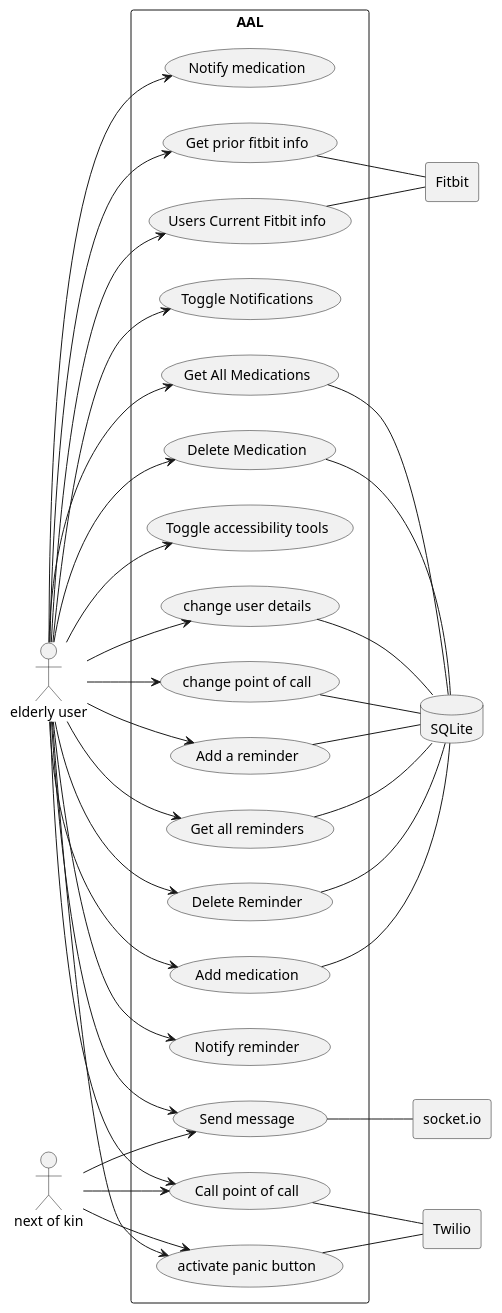
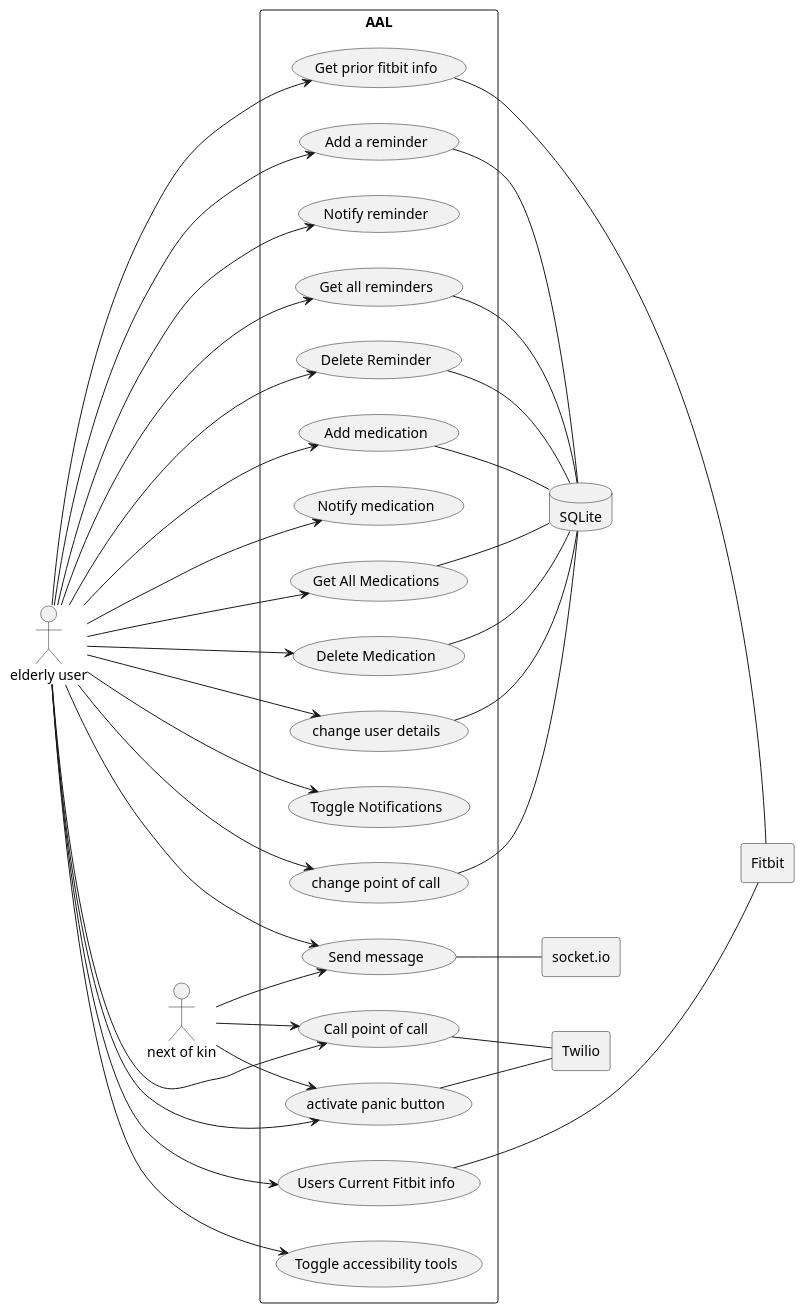
Before and after one commit to gurvirdhillon/AAL-project: the diagram in designs/useCases.puml, drawn with PlantUML.

Commit message:
changed puml

```diff
--- a/designs/useCases.puml
+++ b/designs/useCases.puml
@@ -1,59 +1,56 @@
 @startuml AAL-living UseCases
 
 :elderly user: as ElderlyUser
 :next of kin: as NextOfKin
 
 rectangle "AAL" as AAL {
   left to right direction
 
-ElderlyUser --> (Add a reminder)
-ElderlyUser --> (Notify reminder)
-ElderlyUser --> (Get all reminders)
-ElderlyUser --> (Delete Reminder)
-ElderlyUser --> (Add medication)
+ElderlyUser ---> (Add a reminder)
+ElderlyUser ---> (Notify reminder)
+ElderlyUser ---> (Get all reminders)
+ElderlyUser ---> (Delete Reminder)
+ElderlyUser ---> (Add medication)
 ElderlyUser --> (Notify medication)
 ElderlyUser --> (Get All Medications)
 ElderlyUser --> (Delete Medication)
-ElderlyUser ----> (Call point of call)
-ElderlyUser --> (Send message)
-ElderlyUser --> (activate panic button)
+ElderlyUser ---> (Call point of call)
+ElderlyUser ---> (Send message)
+ElderlyUser ---> (activate panic button)
 ElderlyUser --> (change user details)
 ElderlyUser --> (Toggle Notifications)
-ElderlyUser --> (Toggle accessibility tools)
+ElderlyUser ----> (Toggle accessibility tools)
 ElderlyUser --> (change point of call)
-ElderlyUser --> (Users Current Fitbit info)
+ElderlyUser ---> (Users Current Fitbit info)
 ElderlyUser --> (Get prior fitbit info)
 
 NextOfKin --> (Send message)
 NextOfKin --> (activate panic button)
 NextOfKin --> (Call point of call)
 
 }
 
 rectangle "Twilio" as TwilioAPI
 rectangle "Fitbit" as FitbitAPI
 database "SQLite" as DB
 rectangle "socket.io" as SocketIO
 
-' Twilio --- (Send message)
-' Twilio --- (acitvate panic button)
-
 (activate panic button) -- TwilioAPI
 (Call point of call) -- TwilioAPI
-(Users Current Fitbit info) -- FitbitAPI
-(Get prior fitbit info) -- FitbitAPI
+(Users Current Fitbit info) ---- FitbitAPI
+(Get prior fitbit info) --- FitbitAPI
 
 (Add a reminder) -- DB
 (Get all reminders) -- DB
 (Delete Reminder) -- DB
 (change point of call) -- DB
 (change user details) -- DB
 
 (Add medication) -- DB
 (Delete Medication) -- DB
 (Get All Medications) -- DB
 
 (Send message) -- SocketIO
 
 
 @enduml
```
